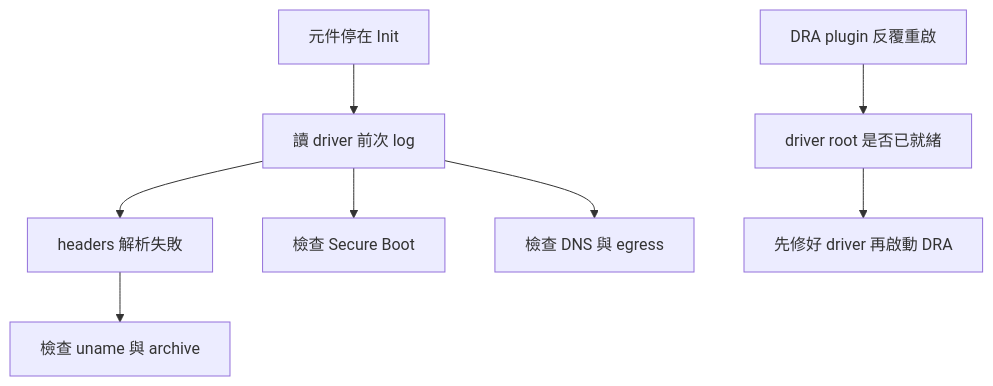
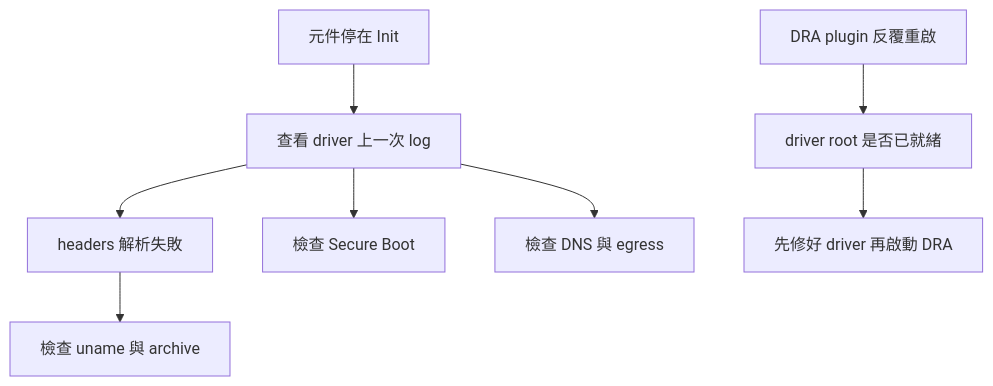
One commit to Daniel77871/dra-gpu-sharing-in-practice changed the diagram in book/02-deploy/troubleshooting.md. Above: the diagram before and after it, drawn with Mermaid. The commit also changed other lines of this file and 80 other files, not shown here.

````diff
--- a/book/02-deploy/troubleshooting.md
+++ b/book/02-deploy/troubleshooting.md
@@ -11,10 +11,10 @@
 ```mermaid
 flowchart TD
-    Init["元件停在 Init"] --> Log["讀 driver 前次 log"]
+    Init["元件停在 Init"] --> Log["查看 driver 上一次 log"]
     Log --> Headers["headers 解析失敗"]
     Headers --> Kernel["檢查 uname 與 archive"]
     Log --> Boot["檢查 Secure Boot"]
     Log --> Net["檢查 DNS 與 egress"]
     Root["DRA plugin 反覆重啟"] --> NVML["driver root 是否已就緒"]
     NVML --> Order["先修好 driver 再啟動 DRA"]
 ```
````
